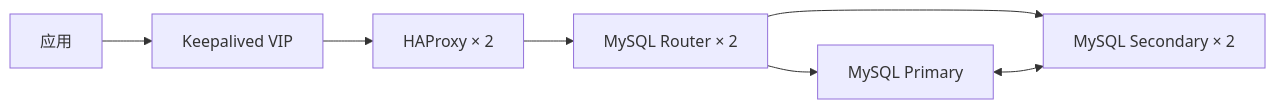
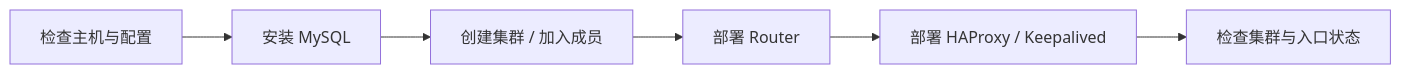
The second of 3 diagrams in README.md (seaworld008/auto-install-mysql-innodb-cluster), drawn with Mermaid before and after one commit. The commit also changed other lines of this file and 3 other files, not shown here.

First line of the commit message:
docs: 丰富项目能力展示与分层架构图 (#18)

````diff
--- a/README.md
+++ b/README.md
@@ -31,9 +167,8 @@
 ```mermaid
 flowchart LR
-    App[应用] --> VIP[Keepalived VIP]
-    VIP --> HA[HAProxy × 2]
-    HA --> Router[MySQL Router × 2]
-    Router --> Primary[MySQL Primary]
-    Router --> Secondary[MySQL Secondary × 2]
-    Primary <--> Secondary
+    A[检查主机与配置] --> B[安装 MySQL]
+    B --> C[创建集群 / 加入成员]
+    C --> D[部署 Router]
+    D --> E[部署 HAProxy / Keepalived]
+    E --> F[检查集群与入口状态]
 ```
````
